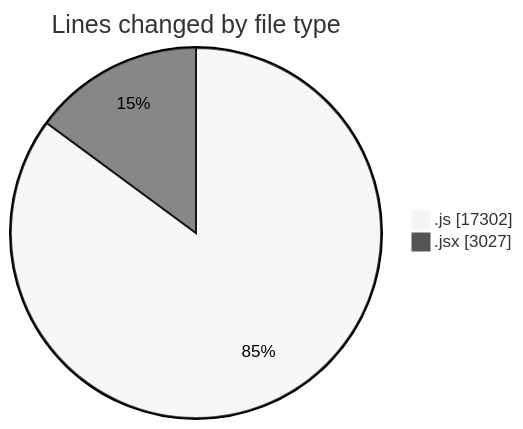
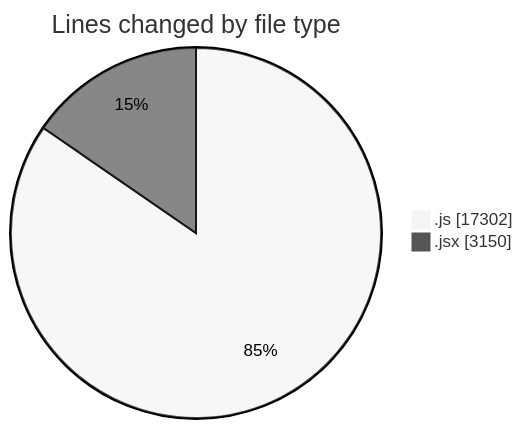
One commit to nxtqubesakshisongat/code-tracking changed the first of 2 diagrams in 2025-09-26/nxtqube_webapp/README.md. Above: the diagram before and after it, drawn with Mermaid (neutral theme). The commit also changed other lines of this file and 1 other file, not shown here.

````diff
--- a/2025-09-26/nxtqube_webapp/README.md
+++ b/2025-09-26/nxtqube_webapp/README.md
@@ -27,6 +27,6 @@
 ```mermaid
 pie showData
 title Lines changed by file type
 ".js" : 17302
-".jsx" : 3027
+".jsx" : 3150
 ```
````
